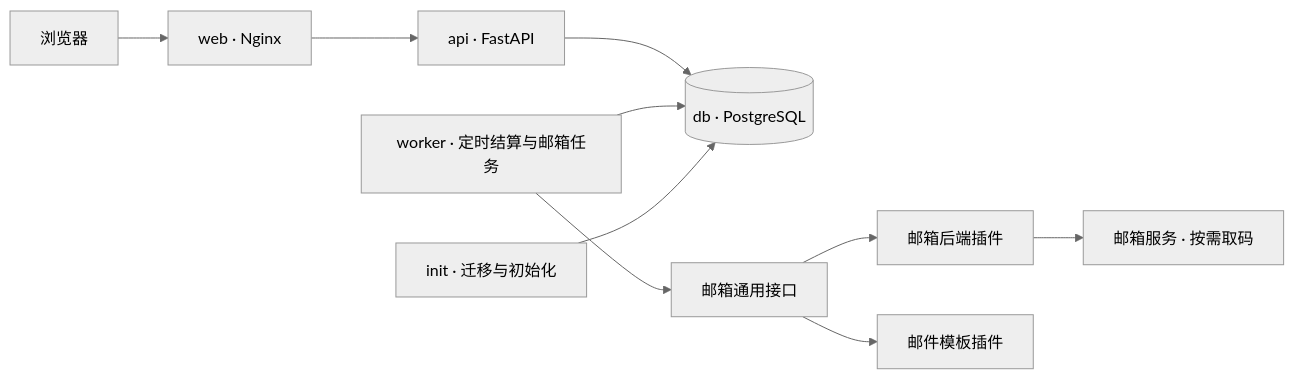
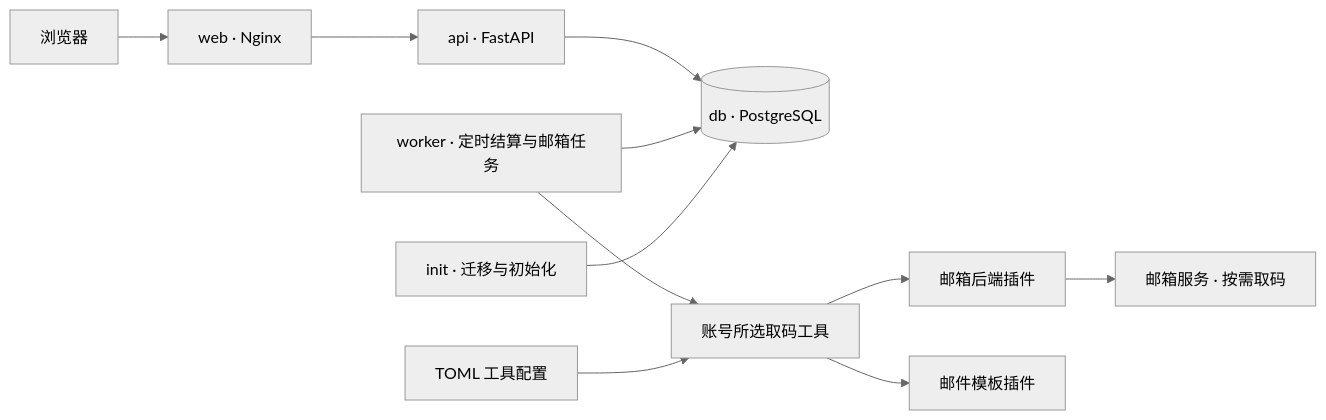
Before and after one commit to flymin/shared-account-manager: the diagram in docs/development.md, drawn with Mermaid (neutral theme). The commit also changed other lines of this file and 42 other files, not shown here.

````diff
--- a/docs/development.md
+++ b/docs/development.md
@@ -17,12 +17,13 @@
 ```mermaid
 flowchart LR
     Browser[浏览器] --> Web[web · Nginx]
     Web --> API[api · FastAPI]
     API --> DB[(db · PostgreSQL)]
     Worker[worker · 定时结算与邮箱任务] --> DB
-    Worker --> Interface[邮箱通用接口]
-    Interface --> Backend[邮箱后端插件]
-    Interface --> Template[邮件模板插件]
+    Worker --> Tool[账号所选取码工具]
+    Config[TOML 工具配置] --> Tool
+    Tool --> Backend[邮箱后端插件]
+    Tool --> Template[邮件模板插件]
     Backend --> Mail[邮箱服务 · 按需取码]
     Init[init · 迁移与初始化] --> DB
 ```
````
